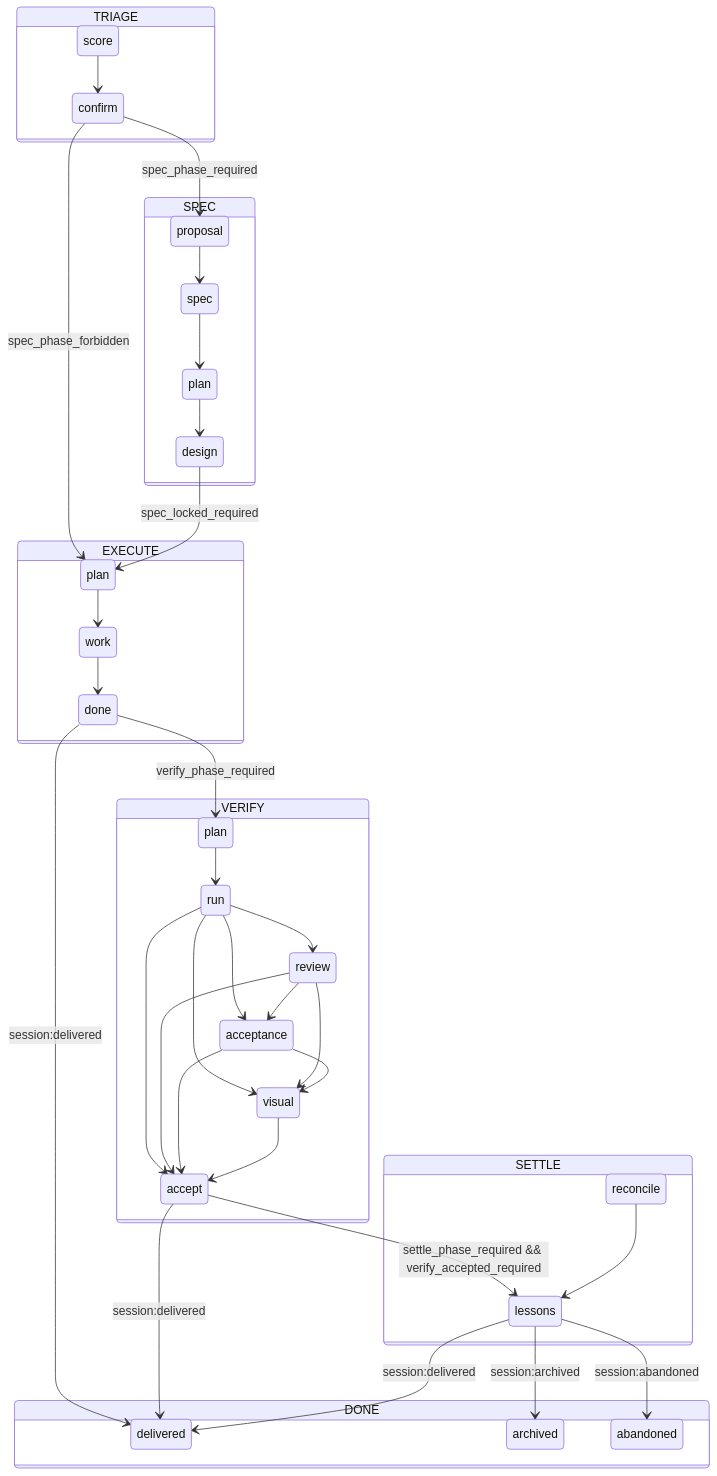
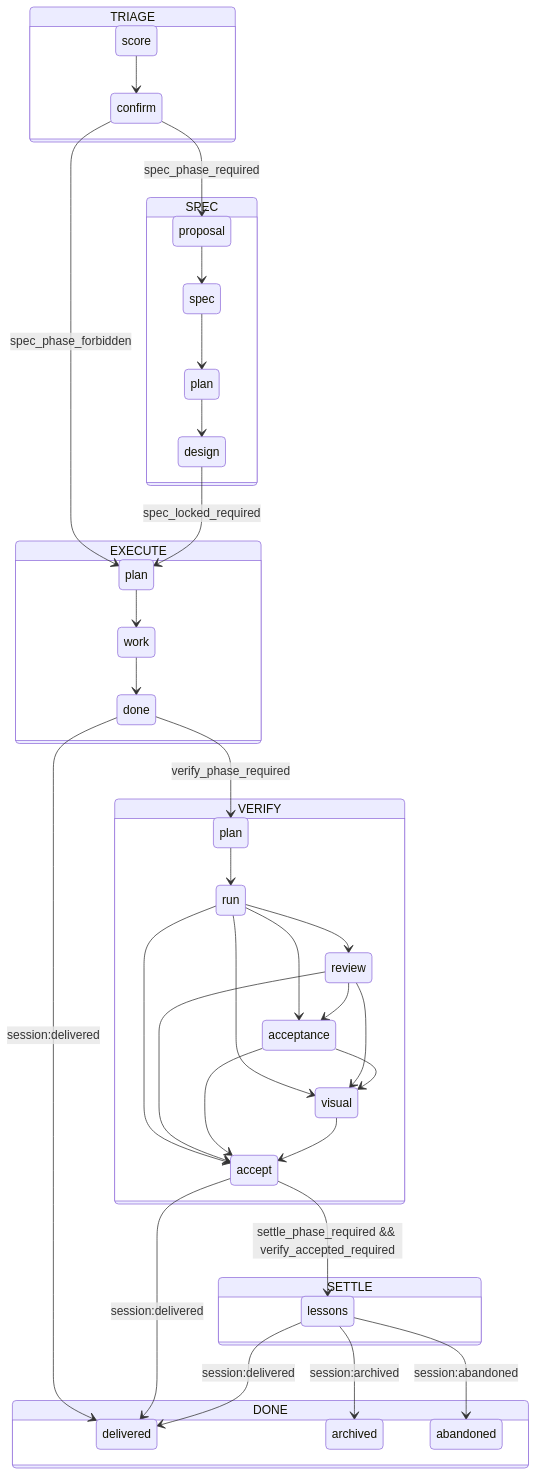
One commit to est7/loaf changed the diagram in docs/fsm.mmd. Above: the diagram before and after it, drawn with Mermaid. The commit also changed 28 other files, not shown here.

First line of the commit message:
refactor(core)!: remove the retired SETTLE.reconcile state

```diff
--- a/docs/fsm.mmd
+++ b/docs/fsm.mmd
@@ -1,68 +1,66 @@
 stateDiagram-v2
 
   state TRIAGE {
     state "score" as TRIAGE_score
     state "confirm" as TRIAGE_confirm
   }
 
   state SPEC {
     state "proposal" as SPEC_proposal
     state "spec" as SPEC_spec
     state "plan" as SPEC_plan
     state "design" as SPEC_design
   }
 
   state EXECUTE {
     state "plan" as EXECUTE_plan
     state "work" as EXECUTE_work
     state "done" as EXECUTE_done
   }
 
   state VERIFY {
     state "plan" as VERIFY_plan
     state "run" as VERIFY_run
     state "review" as VERIFY_review
     state "acceptance" as VERIFY_acceptance
     state "visual" as VERIFY_visual
     state "accept" as VERIFY_accept
   }
 
   state SETTLE {
-    state "reconcile" as SETTLE_reconcile
     state "lessons" as SETTLE_lessons
   }
 
   state DONE {
     state "delivered" as DONE_delivered
     state "archived" as DONE_archived
     state "abandoned" as DONE_abandoned
   }
 
   TRIAGE_score --> TRIAGE_confirm
   TRIAGE_confirm --> SPEC_proposal : spec_phase_required
   TRIAGE_confirm --> EXECUTE_plan : spec_phase_forbidden
   SPEC_proposal --> SPEC_spec
   SPEC_spec --> SPEC_plan
   SPEC_plan --> SPEC_design
   SPEC_design --> EXECUTE_plan : spec_locked_required
   EXECUTE_plan --> EXECUTE_work
   EXECUTE_work --> EXECUTE_done
   EXECUTE_done --> VERIFY_plan : verify_phase_required
   EXECUTE_done --> DONE_delivered : session:delivered
   VERIFY_plan --> VERIFY_run
   VERIFY_run --> VERIFY_review
   VERIFY_run --> VERIFY_acceptance
   VERIFY_run --> VERIFY_visual
   VERIFY_run --> VERIFY_accept
   VERIFY_review --> VERIFY_acceptance
   VERIFY_review --> VERIFY_visual
   VERIFY_review --> VERIFY_accept
   VERIFY_acceptance --> VERIFY_visual
   VERIFY_acceptance --> VERIFY_accept
   VERIFY_visual --> VERIFY_accept
   VERIFY_accept --> SETTLE_lessons : settle_phase_required && verify_accepted_required
   VERIFY_accept --> DONE_delivered : session:delivered
-  SETTLE_reconcile --> SETTLE_lessons
   SETTLE_lessons --> DONE_delivered : session:delivered
   SETTLE_lessons --> DONE_archived : session:archived
   SETTLE_lessons --> DONE_abandoned : session:abandoned
```
